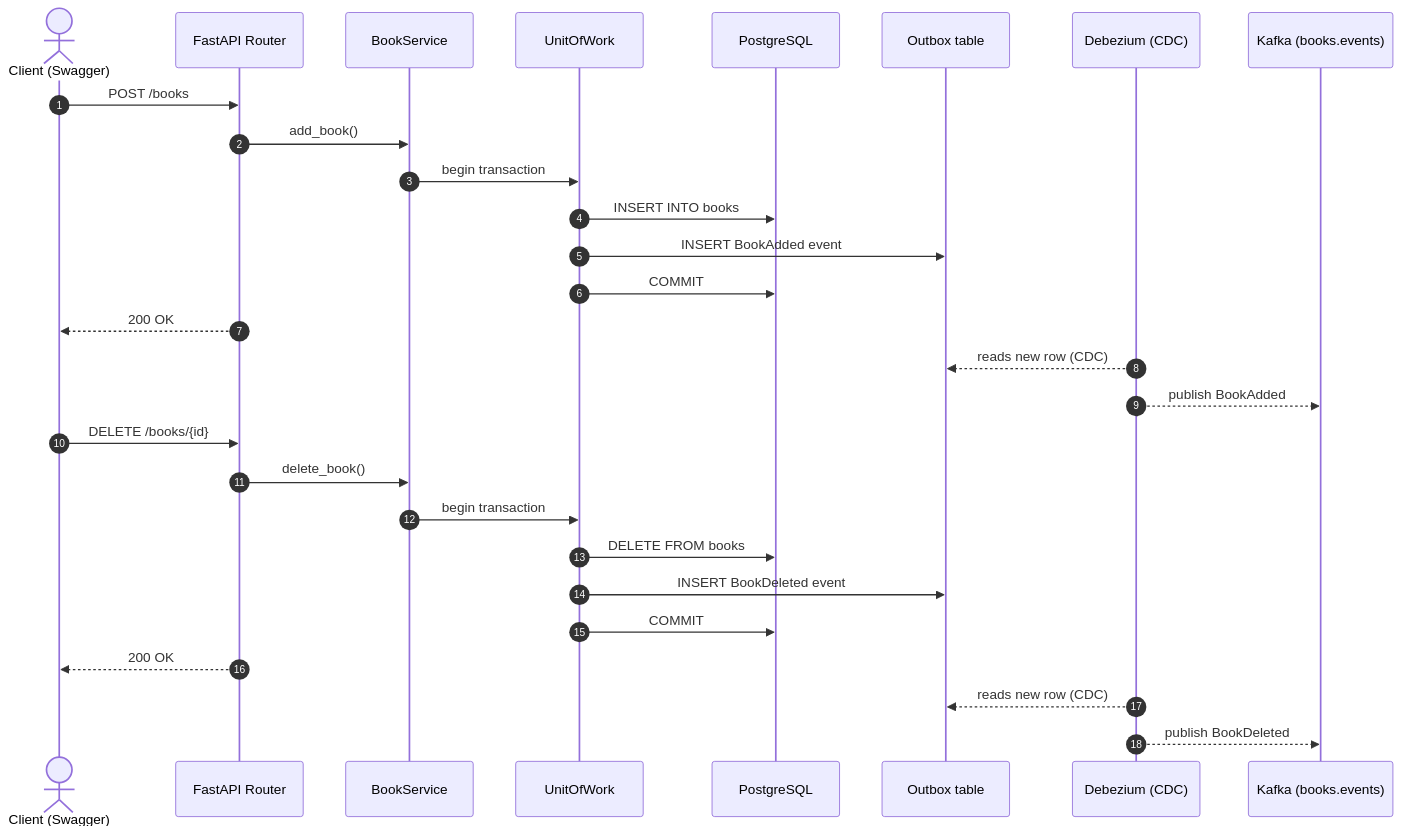
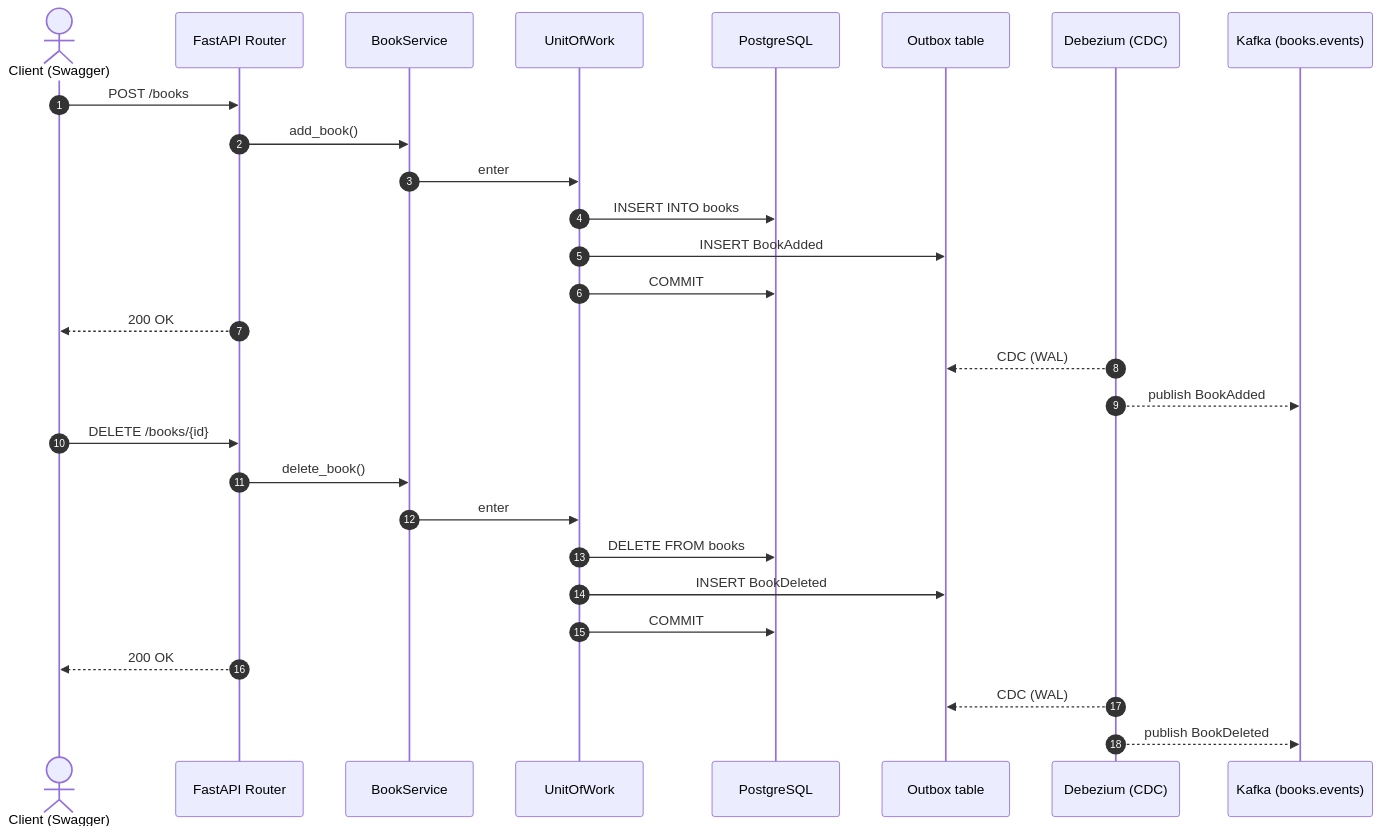
Before and after one commit to dayanovtt/book_service: the first of 2 diagrams in docs/flow.md, drawn with Mermaid. The commit also changed other lines of this file and 7 other files, not shown here.

Commit message:
Book service: UoW + Outbox + CDC + Kafka, dockerized with init services

````diff
--- a/docs/flow.md
+++ b/docs/flow.md
@@ -10,34 +10,34 @@
 ```mermaid
 sequenceDiagram
     autonumber
     actor Client as Client (Swagger)
     participant API as FastAPI Router
     participant Service as BookService
     participant UoW as UnitOfWork
     participant PG as PostgreSQL
     participant Outbox as Outbox table
     participant Debezium as Debezium (CDC)
     participant Kafka as Kafka (books.events)
 
     Client->>API: POST /books
     API->>Service: add_book()
-    Service->>UoW: begin transaction
+    Service->>UoW: enter
     UoW->>PG: INSERT INTO books
-    UoW->>Outbox: INSERT BookAdded event
+    UoW->>Outbox: INSERT BookAdded
     UoW->>PG: COMMIT
     API-->>Client: 200 OK
 
-    Debezium-->>Outbox: reads new row (CDC)
+    Debezium-->>Outbox: CDC (WAL)
     Debezium-->>Kafka: publish BookAdded
 
     Client->>API: DELETE /books/{id}
     API->>Service: delete_book()
-    Service->>UoW: begin transaction
+    Service->>UoW: enter
     UoW->>PG: DELETE FROM books
-    UoW->>Outbox: INSERT BookDeleted event
+    UoW->>Outbox: INSERT BookDeleted
     UoW->>PG: COMMIT
     API-->>Client: 200 OK
 
-    Debezium-->>Outbox: reads new row (CDC)
+    Debezium-->>Outbox: CDC (WAL)
     Debezium-->>Kafka: publish BookDeleted
 ```
````
